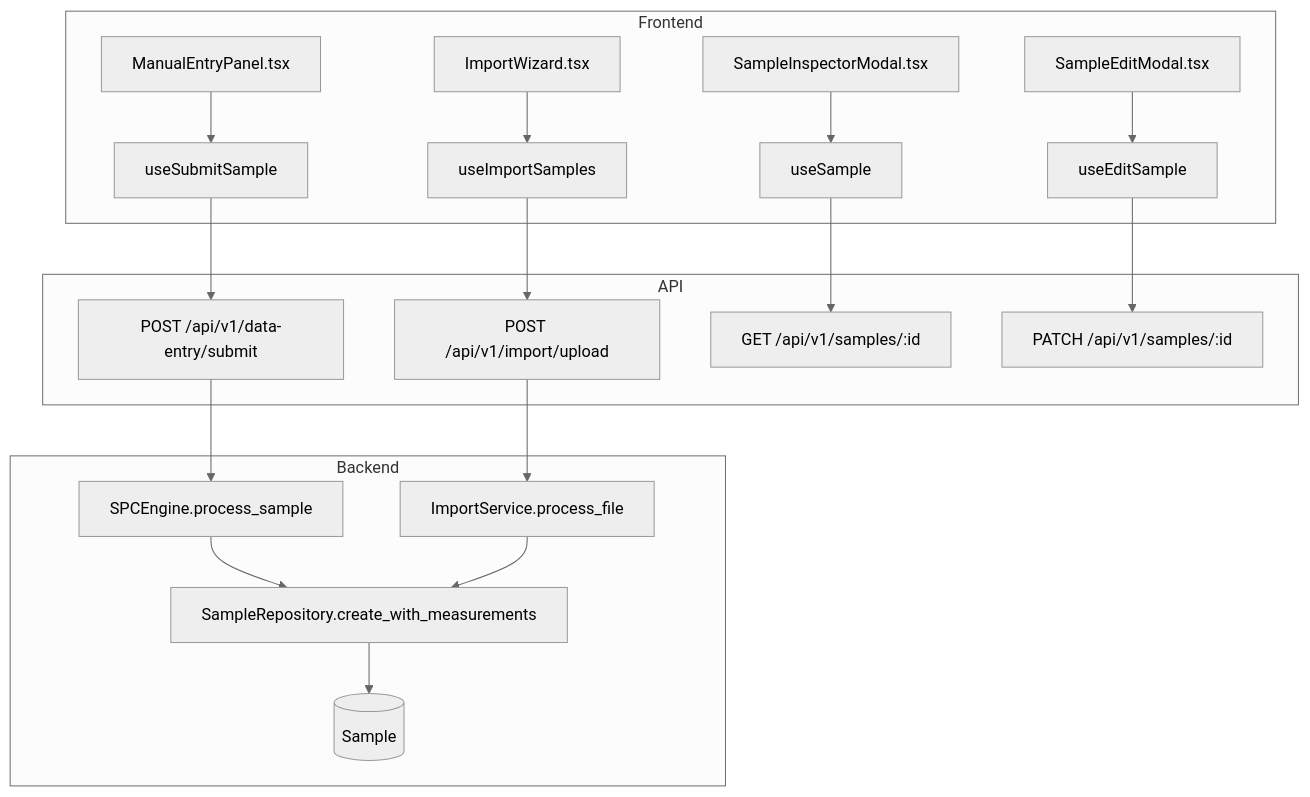
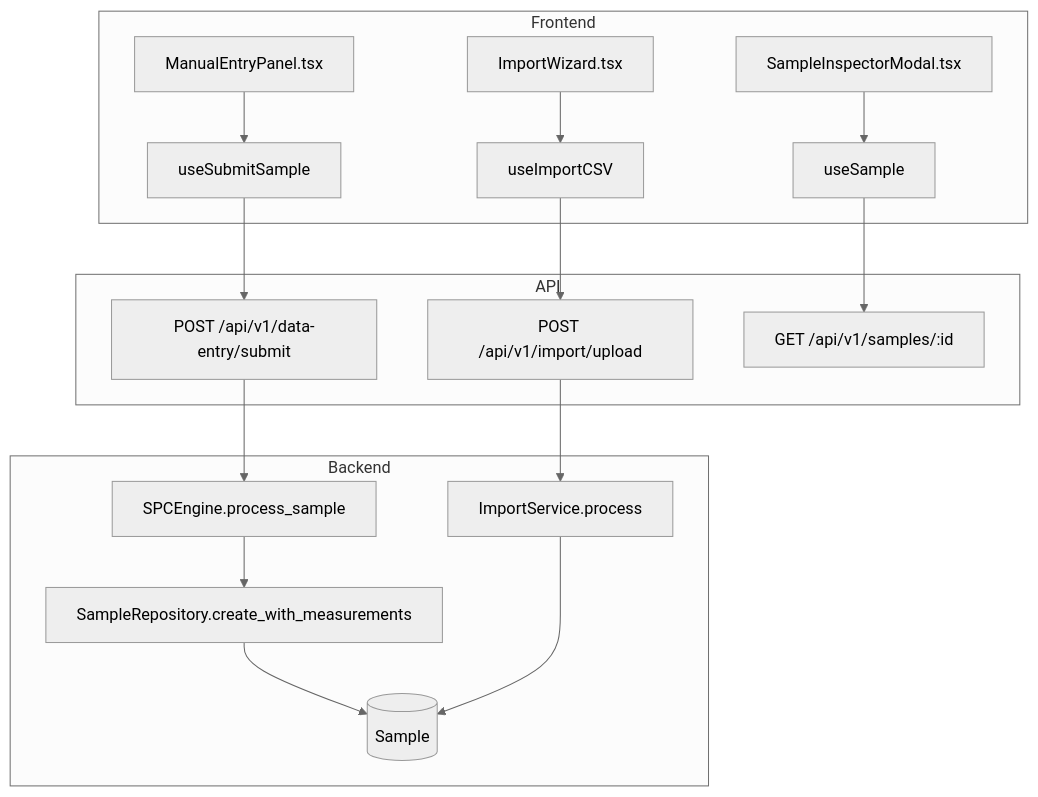
The first of 2 diagrams in .knowledge/features/data-entry.md (saturnis-io/cassini), drawn with Mermaid (neutral theme) before and after one commit. The commit also changed other lines of this file and 15 other files, not shown here.

Commit message:
knowledge-graph: regenerate

````diff
--- a/.knowledge/features/data-entry.md
+++ b/.knowledge/features/data-entry.md
@@ -5,22 +5,20 @@
 ```mermaid
 flowchart TD
     subgraph Frontend
         C1[ManualEntryPanel.tsx] --> H1[useSubmitSample]
-        C2[ImportWizard.tsx] --> H2[useImportSamples]
+        C2[ImportWizard.tsx] --> H2[useImportCSV]
         C3[SampleInspectorModal.tsx] --> H3[useSample]
-        C4[SampleEditModal.tsx] --> H4[useEditSample]
     end
     subgraph API
         H1 --> E1[POST /api/v1/data-entry/submit]
         H2 --> E2[POST /api/v1/import/upload]
         H3 --> E3[GET /api/v1/samples/:id]
-        H4 --> E4[PATCH /api/v1/samples/:id]
     end
     subgraph Backend
         E1 --> S1[SPCEngine.process_sample]
         S1 --> R1[SampleRepository.create_with_measurements]
         R1 --> M1[(Sample)]
-        E2 --> S2[ImportService.process_file]
-        S2 --> R1
+        E2 --> S2[ImportService.process]
+        S2 --> M1
     end
 ```
````
